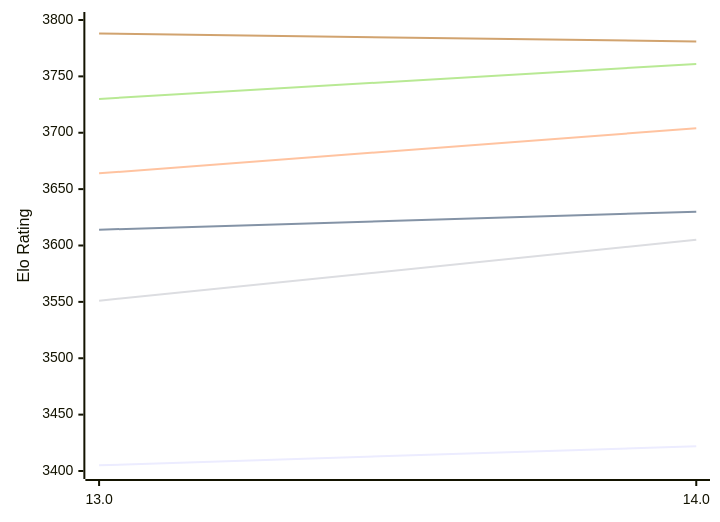
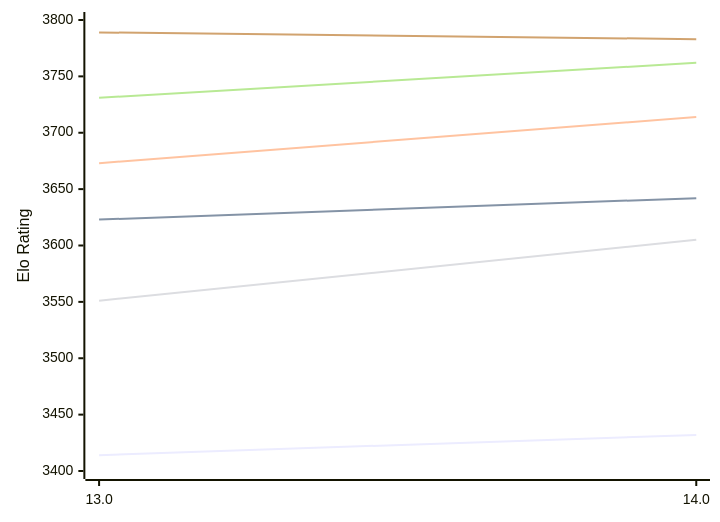
Before and after one commit to computer-chess-index/cci: the first of 2 diagrams in engines/Tcheran.md, drawn with Mermaid. The commit also changed other lines of this file, not shown here.

Commit message:
Update CCI Ratings (ELO VLTC) - 2026-11-07

````diff
--- a/engines/Tcheran.md
+++ b/engines/Tcheran.md
@@ -55,12 +55,12 @@
 ```mermaid
 %%{init: {"theme":"base","themeVariables":{"seriesColors:['#a3a3a3','#222221','#faa371']}}}%%
 xychart-beta
   x-axis ["13.0", "14.0"]
   y-axis "Elo Rating" 3400 --> 3800
-  line "E1: STC (8.0+0.08s)" [3405, 3422]
-  line "E1: LTC (60.0+0.60s)" [3614, 3630]
-  line "E1: VLTC (2m24s+1.12s)" [3664, 3704]
+  line "E1: STC (8.0+0.08s)" [3414, 3432]
+  line "E1: LTC (60.0+0.60s)" [3623, 3642]
+  line "E1: VLTC (2m24s+1.12s)" [3673, 3714]
   line "P1: STC (8.0+0.08s)" [3551, 3605]
-  line "P1: LTC (60.0+0.60s)" [3730, 3761]
-  line "P1: VLTC (2m24s+1.12s)" [3788, 3781]
+  line "P1: LTC (60.0+0.60s)" [3731, 3762]
+  line "P1: VLTC (2m24s+1.12s)" [3789, 3783]
 ```
````
